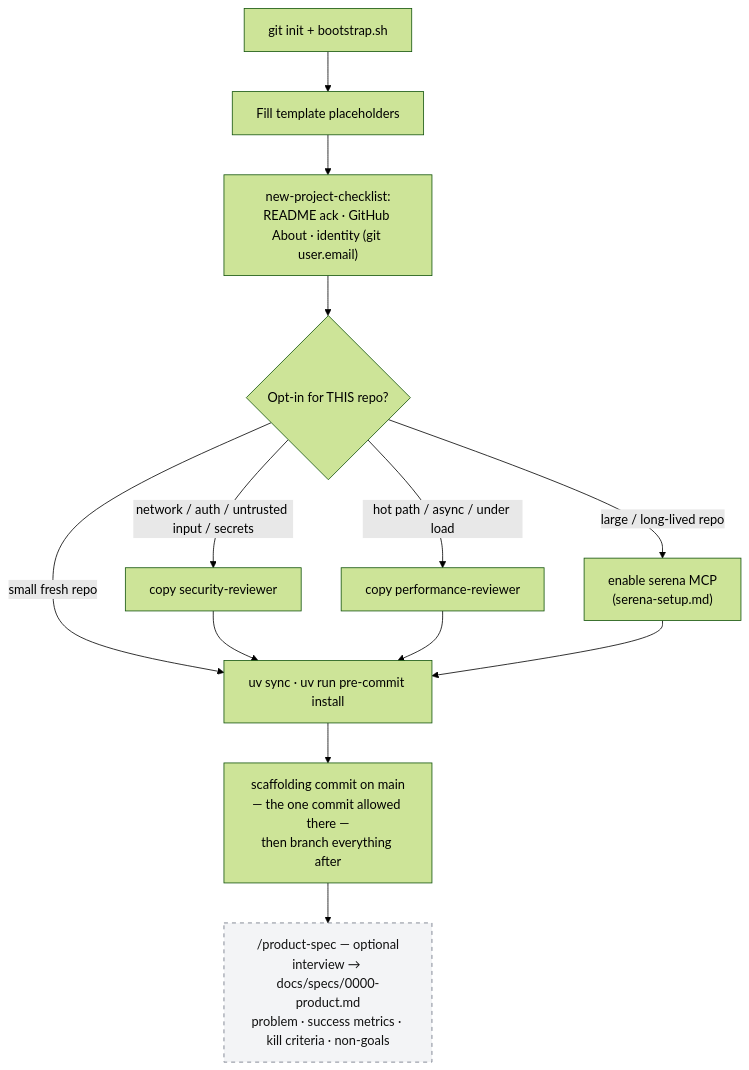
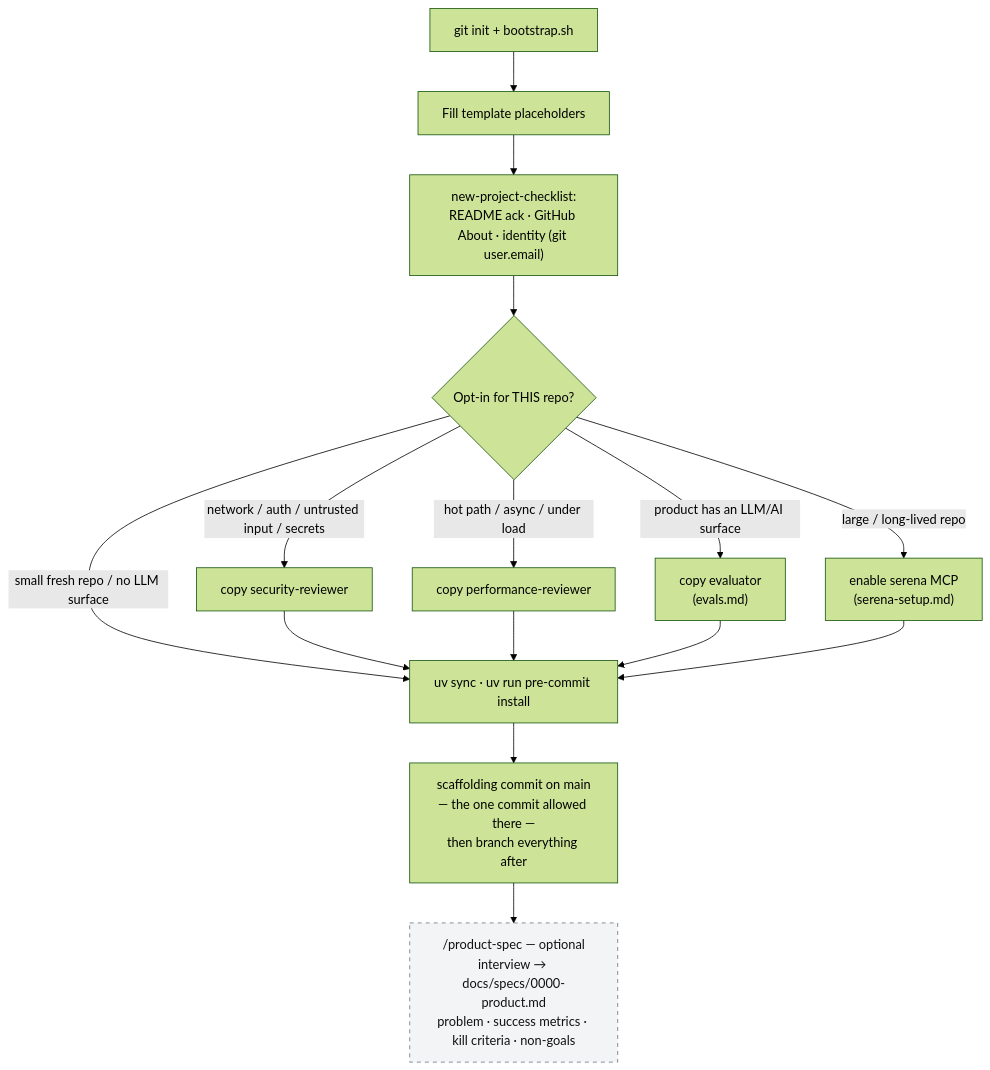
The first of 5 diagrams in python/docs/workflow-diagram.md (bbirkinbine/agentic-scaffold), drawn with Mermaid (forest theme) before and after one commit. The commit also changed other lines of this file and 13 other files, not shown here.

````diff
--- a/python/docs/workflow-diagram.md
+++ b/python/docs/workflow-diagram.md
@@ -38,18 +38,20 @@
 ```mermaid
 flowchart TD
     A["git init + bootstrap.sh"] --> B["Fill template placeholders"]
     B --> C["new-project-checklist:<br/>README ack · GitHub About · identity (git user.email)"]
     C --> D{"Opt-in for THIS repo?"}
     D -->|"network / auth / untrusted input / secrets"| D1["copy security-reviewer"]
     D -->|"hot path / async / under load"| D2["copy performance-reviewer"]
+    D -->|"product has an LLM/AI surface"| D4["copy evaluator<br/>(evals.md)"]
     D -->|"large / long-lived repo"| D3["enable serena MCP<br/>(serena-setup.md)"]
-    D -->|"small fresh repo"| E
+    D -->|"small fresh repo / no LLM surface"| E
     D1 --> E
     D2 --> E
+    D4 --> E
     D3 --> E
     E["uv sync · uv run pre-commit install"] --> F["scaffolding commit on main<br/>— the one commit allowed there —<br/>then branch everything after"]
     F --> G["/product-spec — optional<br/>interview → docs/specs/0000-product.md<br/>problem · success metrics · kill criteria · non-goals"]
 
     classDef optional fill:#f3f4f6,stroke:#6b7280,color:#111,stroke-dasharray: 5 5;
     class G optional;
 ```
````
